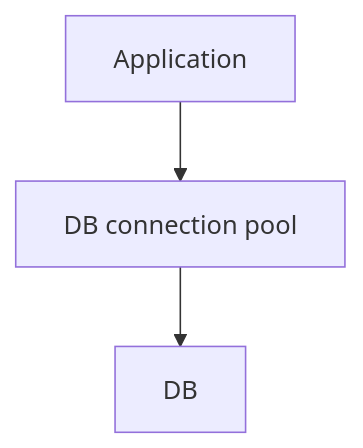
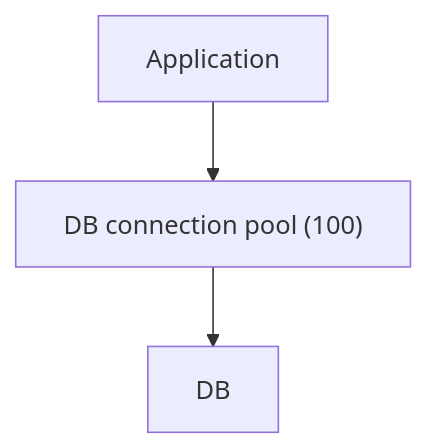
The ninth of 29 diagrams in files/08-edge-cases/Tier-1-Production-Failures.md (pankajThakur1874/studysheet), drawn with Mermaid before and after one commit. The commit also changed other lines of this file and 5 other files, not shown here.

````diff
--- a/files/08-edge-cases/Tier-1-Production-Failures.md
+++ b/files/08-edge-cases/Tier-1-Production-Failures.md
@@ -358,5 +435,5 @@
 ```mermaid
 flowchart TD
-    A["Application"] --> B["DB connection pool"]
+    A["Application"] --> B["DB connection pool (100)"]
     B --> C["DB"]
 ```
````
